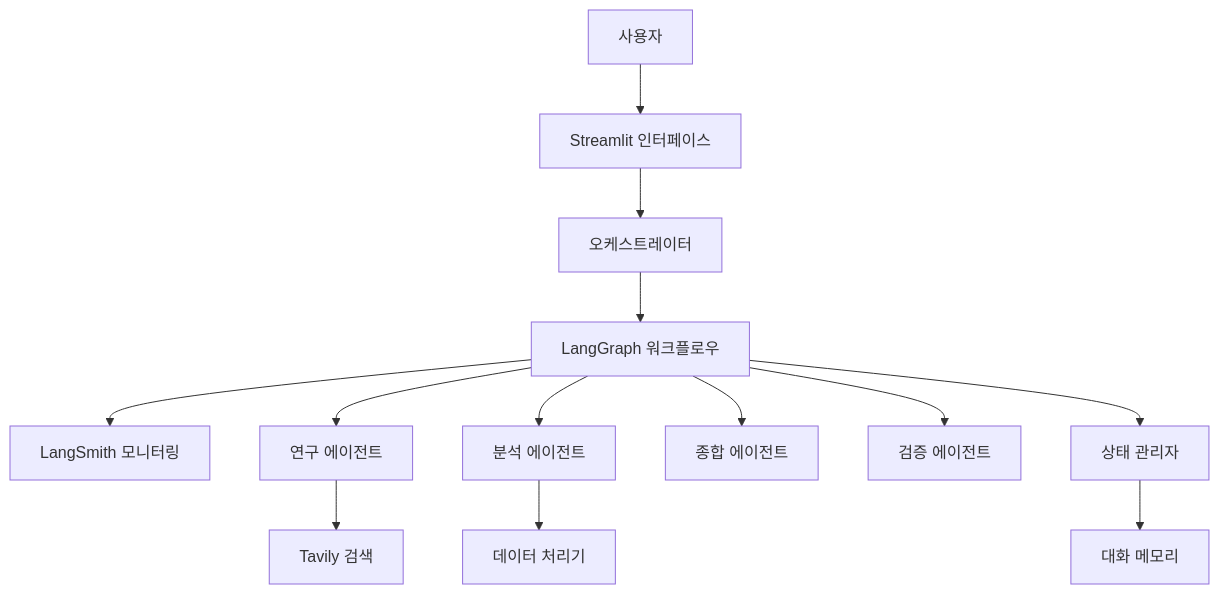
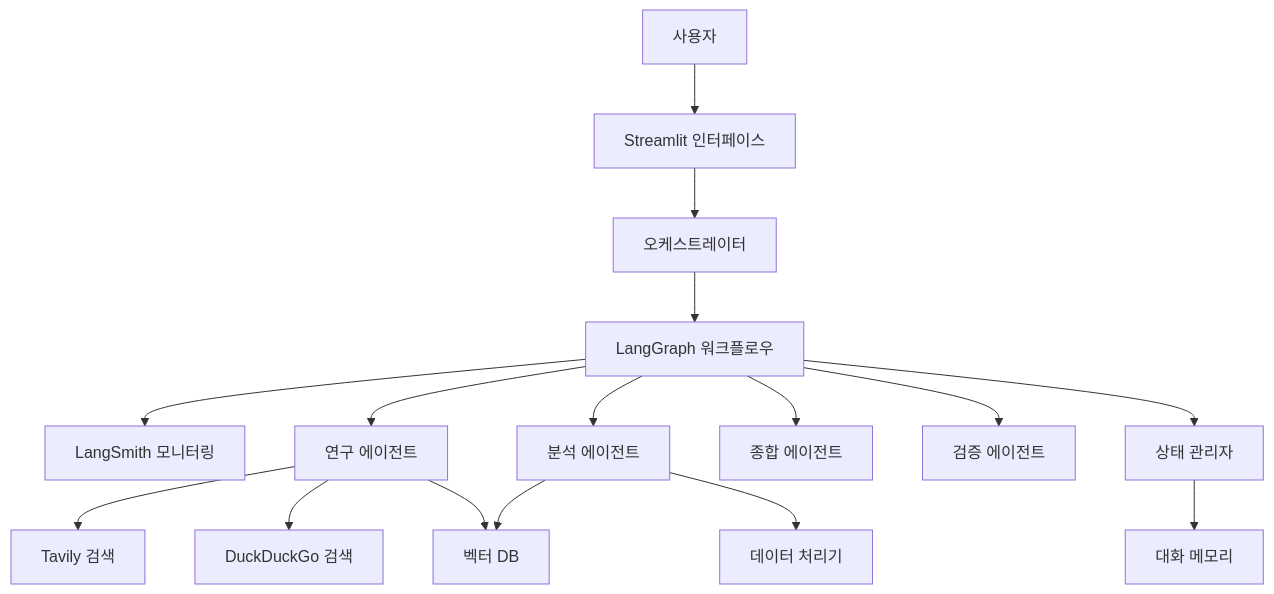
Before and after one commit to LeeKangHo1/deep-research-agent: the first of 3 diagrams in .kiro/specs/simple-deepsearch-chatbot/design.md, drawn with Mermaid. The commit also changed other lines of this file and 9 other files, not shown here.

````diff
--- a/.kiro/specs/simple-deepsearch-chatbot/design.md
+++ b/.kiro/specs/simple-deepsearch-chatbot/design.md
@@ -11,19 +11,22 @@
 ```mermaid
 graph TB
     User[사용자] --> StreamlitUI[Streamlit 인터페이스]
     StreamlitUI --> Orchestrator[오케스트레이터]
     
     Orchestrator --> LangGraph[LangGraph 워크플로우]
     LangGraph --> LangSmith[LangSmith 모니터링]
     
     LangGraph --> ResearchAgent[연구 에이전트]
     LangGraph --> AnalysisAgent[분석 에이전트]
     LangGraph --> SynthesisAgent[종합 에이전트]
     LangGraph --> ValidationAgent[검증 에이전트]
     
     ResearchAgent --> TavilyAPI[Tavily 검색]
+    ResearchAgent --> DuckDuckGoAPI[DuckDuckGo 검색]
+    ResearchAgent --> VectorDB[벡터 DB]
     AnalysisAgent --> DataProcessor[데이터 처리기]
+    AnalysisAgent --> VectorDB
     
     LangGraph --> StateManager[상태 관리자]
     StateManager --> ConversationMemory[대화 메모리]
 ```
````
